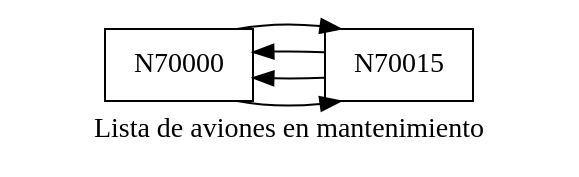
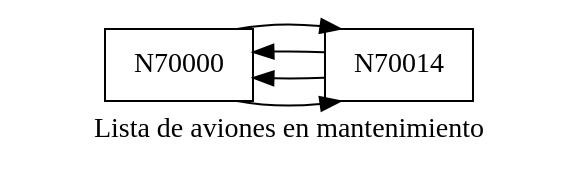
The diagram in dot/avionesMantenimiento.dot (MarvinCastellanos/201700490_EDD_Proyecto), drawn with Graphviz before and after one commit. The commit also changed 17 other files, not shown here.

```diff
--- a/dot/avionesMantenimiento.dot
+++ b/dot/avionesMantenimiento.dot
@@ -1,11 +1,11 @@
 digraph G {
   rankdir=LR;
   label="Lista de aviones en mantenimiento";
   node [shape=record];
   node0 [label=" N70000 "];
-  node1 [label=" N70015 "];
+  node1 [label=" N70014 "];
   node0 -> node1;
   node1 -> node0;
   node1 -> node0;
   node0 -> node1;
 }
```
